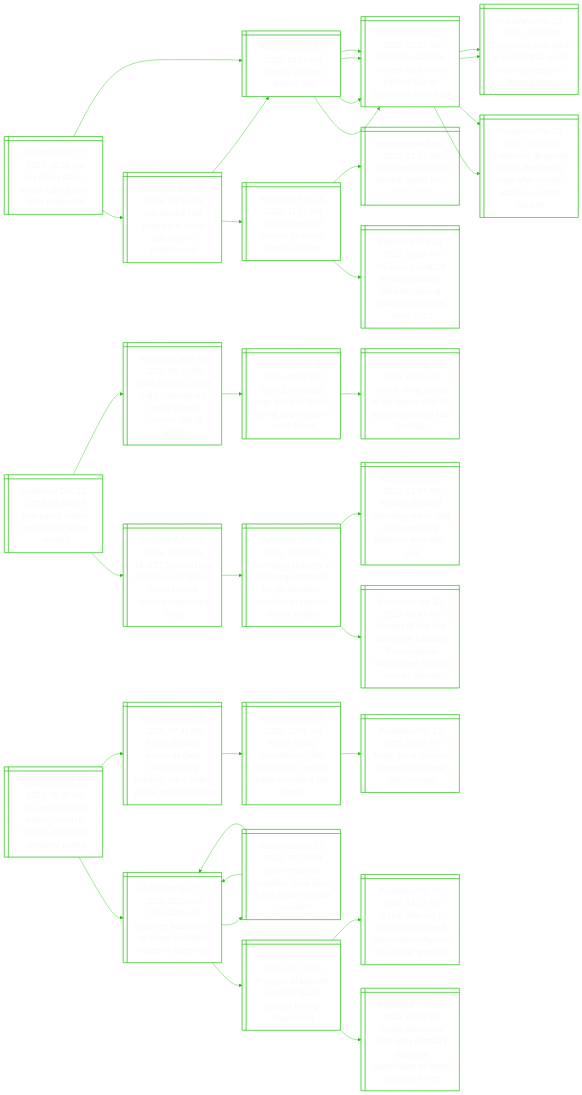
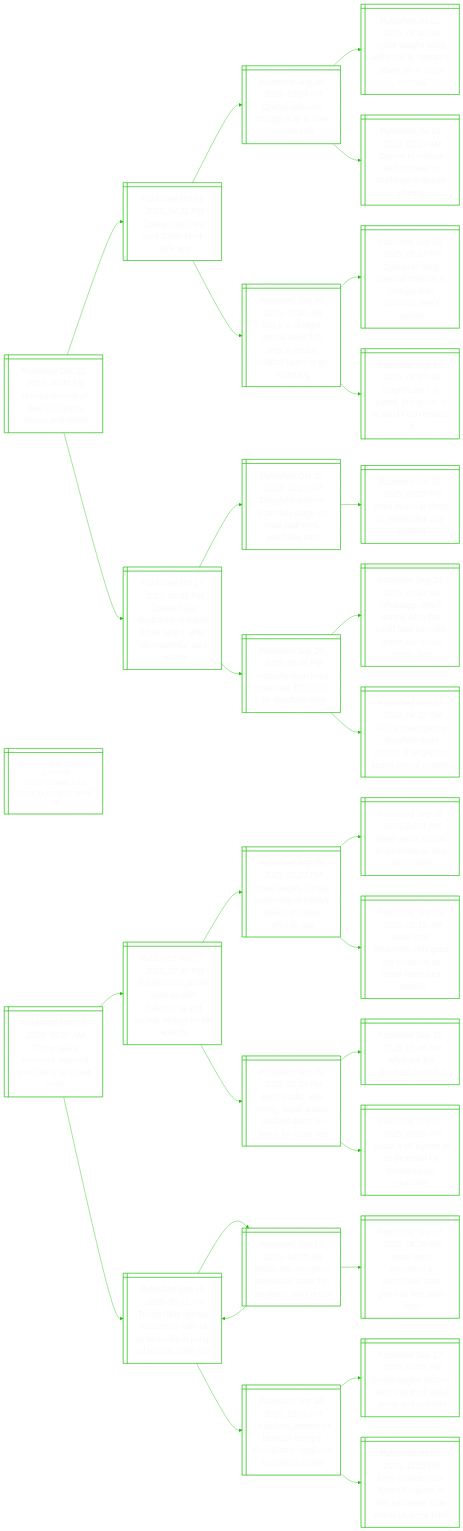
Before and after one commit to notJmes/notJmes: the diagram in README.md, drawn with Mermaid. The commit also changed other lines of this file, not shown here.

````diff
--- a/README.md
+++ b/README.md
@@ -16,109 +16,97 @@
 flowchart LR
 classDef txtsize font-size:20px;
 
-Uovkakesue@{ shape: win-pane, label: "_Published Dec 22, 2025, 06:56 AM_
-Us envoy steve witkoff calls ukraine talks productive" }
-Uaaoialter@{ shape: win-pane, label: "_Published Dec 22, 2025, 06:33 AM_
-Us, ukraine hail ‘productive’ miami talks but no breakthrough" }
-Tstia@{ shape: win-pane, label: "_Published Nov 21, 2025, 04:26 PM_
-Trump’s 28-point ukraine plan" }
-Zsarskbdaosb@{ shape: win-pane, label: "_Published Nov 21, 2025, 03:17 AM_
-Zelensky ready for ‘honest’ work on us-backed plan as europeans push back" }
-Zsarskbdaosb@{ shape: win-pane, label: "_Published Nov 21, 2025, 03:17 AM_
-Zelensky ready for ‘honest’ work on us-backed plan as europeans push back" }
-DsruasvUn@{ shape: win-pane, label: "_Published Feb 24, 2022, 11:01 AM_
-'darkest hours of europe' as russia invades ukraine" }
-Eshiaalocs@{ shape: win-pane, label: "_Published Feb 24, 2022, 12:41 PM_
-Explosions heard in ukraine capital kyiv, other cities" }
-OaUuakaogrmc@{ shape: win-pane, label: "_Published Feb 24, 2022, 05:20 PM_
-Oil soars to us$105 as russia attacks ukraine, topping us$100 for 1st time since 2014" }
-Tstia@{ shape: win-pane, label: "_Published Nov 21, 2025, 04:26 PM_
-Trump’s 28-point ukraine plan" }
-Zsarskbdaosb@{ shape: win-pane, label: "_Published Nov 21, 2025, 03:17 AM_
-Zelensky ready for ‘honest’ work on us-backed plan as europeans push back" }
-EeucStooosfke@{ shape: win-pane, label: "_Published Nov 20, 2025, 06:38 PM_
-Europeans push back at us plan that would force concessions from ukraine" }
-Atdretahfunceni@{ shape: win-pane, label: "_Published Nov 20, 2025, 09:24 PM_
-A relative’s desperate search then fading hope after russian attack in western ukraine" }
-Zsarskbdaosb@{ shape: win-pane, label: "_Published Nov 21, 2025, 03:17 AM_
-Zelensky ready for ‘honest’ work on us-backed plan as europeans push back" }
-EeucStooosfke@{ shape: win-pane, label: "_Published Nov 20, 2025, 06:38 PM_
-Europeans push back at us plan that would force concessions from ukraine" }
-Atdretahfunceni@{ shape: win-pane, label: "_Published Nov 20, 2025, 09:24 PM_
-A relative’s desperate search then fading hope after russian attack in western ukraine" }
+Autodbesre@{ shape: win-pane, label: "_Published Dec 22, 2025, 10:40 AM_
+Ai resurrections of dead celebrities amuse and rankle" }
+OIcotTyp@{ shape: win-pane, label: "_Published Oct 01, 2025, 04:31 PM_
+Openai launches sora 2 with tiktok-style app" }
+OIahTrcr@{ shape: win-pane, label: "_Published Aug 08, 2025, 03:24 AM_
+Openai releases chatgpt-5 as ai race accelerates" }
+AwsgronpSnrr@{ shape: win-pane, label: "_Published Jul 01, 2025, 08:40 AM_
+Apple weighs using anthropic or openai to power siri in major reversal" }
+OIlwoileoh@{ shape: win-pane, label: "_Published Jul 10, 2025, 02:19 AM_
+Openai to release web browser in challenge to google chrome" }
+Bitptfsoltsoog@{ shape: win-pane, label: "_Published Sep 30, 2025, 07:43 AM_
+Buy it in chatgpt: openai takes first step to enable chatbot users to go shopping" }
+OIirlrnGtlnei@{ shape: win-pane, label: "_Published Sep 29, 2025, 08:02 PM_
+Openai to bring parental controls in chatgpt after california teen’s suicide" }
+MftsiuIkrc@{ shape: win-pane, label: "_Published Sep 29, 2025, 08:17 AM_
+Magnificent 7 is passe. this group of ai stocks can replace it" }
+OIscsruKrretod@{ shape: win-pane, label: "_Published Oct 17, 2025, 05:45 PM_
+Openai halts depictions of martin luther king jr. after ‘disrespectful’ sora videos" }
+Dalamunpoaos@{ shape: win-pane, label: "_Published Oct 02, 2025, 11:19 AM_
+Deepfake political scam ads surge on meta platforms, watchdog says" }
+MoIsrldt@{ shape: win-pane, label: "_Published Oct 01, 2025, 09:22 PM_
+Meta to use ai chats to personalise ads, content" }
+Aaoiarekn@{ shape: win-pane, label: "_Published Sep 26, 2025, 06:08 PM_
+Australia court fines man over $280,000 for deepfake porn" }
+WAimihuctaridn@{ shape: win-pane, label: "_Published Sep 24, 2025, 09:44 AM_
+Whatsapp, twitch among sites that could face australia under-16s social media ban" }
+Pestekeoioocsn@{ shape: win-pane, label: "_Published Nov 12, 2024, 04:10 PM_
+Police investigating deepfake nude photos of singapore sports school students" }
 
-Uovkakesue:::txtsize --> Uaaoialter:::txtsize
-Uaaoialter:::txtsize --> Tstia:::txtsize
-Tstia:::txtsize --> Zsarskbdaosb:::txtsize
-Tstia:::txtsize --> Zsarskbdaosb:::txtsize
-Uaaoialter:::txtsize --> DsruasvUn:::txtsize
-DsruasvUn:::txtsize --> Eshiaalocs:::txtsize
-DsruasvUn:::txtsize --> OaUuakaogrmc:::txtsize
-Uovkakesue:::txtsize --> Tstia:::txtsize
-Tstia:::txtsize --> Zsarskbdaosb:::txtsize
-Zsarskbdaosb:::txtsize --> EeucStooosfke:::txtsize
-Zsarskbdaosb:::txtsize --> Atdretahfunceni:::txtsize
-Tstia:::txtsize --> Zsarskbdaosb:::txtsize
-Zsarskbdaosb:::txtsize --> EeucStooosfke:::txtsize
-Zsarskbdaosb:::txtsize --> Atdretahfunceni:::txtsize
+Autodbesre:::txtsize --> OIcotTyp:::txtsize
+OIcotTyp:::txtsize --> OIahTrcr:::txtsize
+OIahTrcr:::txtsize --> AwsgronpSnrr:::txtsize
+OIahTrcr:::txtsize --> OIlwoileoh:::txtsize
+OIcotTyp:::txtsize --> Bitptfsoltsoog:::txtsize
+Bitptfsoltsoog:::txtsize --> OIirlrnGtlnei:::txtsize
+Bitptfsoltsoog:::txtsize --> MftsiuIkrc:::txtsize
+Autodbesre:::txtsize --> OIscsruKrretod:::txtsize
+OIscsruKrretod:::txtsize --> Dalamunpoaos:::txtsize
+Dalamunpoaos:::txtsize --> MoIsrldt:::txtsize
+OIscsruKrretod:::txtsize --> Aaoiarekn:::txtsize
+Aaoiarekn:::txtsize --> WAimihuctaridn:::txtsize
+Aaoiarekn:::txtsize --> Pestekeoioocsn:::txtsize
 
-Ptrntpfn@{ shape: win-pane, label: "_Published Dec 22, 2025, 06:54 AM_
-Paw patrol: britain vows to end puppy farming" }
-SKsysnuefootu@{ shape: win-pane, label: "_Published May 30, 2023, 08:16 PM_
-South korea’s ‘puppy mills’ churning out cuteness from conveyor belt of abuse" }
-Oegnoimusoo@{ shape: win-pane, label: "_Published Mar 06, 2023, 03:35 PM_
-Over 1,000 dead dogs found in horrific animal abuse case in south korea" }
-MCfdteelduad@{ shape: win-pane, label: "_Published Mar 05, 2023, 08:49 AM_
-Man in china forced to eat faeces after he allegedly abused cats to death" }
-oedesnrnaedtr@{ shape: win-pane, label: "_Published Jun 18, 2024, 05:00 AM_
-19 of 22 licensed dog breeders in singapore found to have breached tightened rules" }
-Siaiegiserbeivml@{ shape: win-pane, label: "_Published Oct 08, 2021, 12:00 PM_
-Sweeping changes in licensing conditions for pet boarders, breeders to improve animal welfare" }
-MntsdiiiaatmCV@{ shape: win-pane, label: "_Published Jan 09, 2019, 12:57 PM_
-Missing shetland sheepdog prince died while boarded at platinium dogs club: ava" }
-Osgdtonmwotedral@{ shape: win-pane, label: "_Published Apr 30, 2019, 09:41 PM_
-Owners of dog that died at pet boarding firm not aware tourists were hired to care for animals" }
+JRnowTrs@{ shape: win-pane, label: "_Published Dec 22, 2025, 10:00 AM_
+James ransone, actor known for the wire, dies at 46" }
 
-Ptrntpfn:::txtsize --> SKsysnuefootu:::txtsize
-SKsysnuefootu:::txtsize --> Oegnoimusoo:::txtsize
-Oegnoimusoo:::txtsize --> MCfdteelduad:::txtsize
-Ptrntpfn:::txtsize --> oedesnrnaedtr:::txtsize
-oedesnrnaedtr:::txtsize --> Siaiegiserbeivml:::txtsize
-Siaiegiserbeivml:::txtsize --> MntsdiiiaatmCV:::txtsize
-Siaiegiserbeivml:::txtsize --> Osgdtonmwotedral:::txtsize
 
-UaririHHleee@{ shape: win-pane, label: "_Published Dec 22, 2025, 06:46 AM_
-Us senator urges military action if hamas, hezbollah remained armed" }
-Tdrcaaededlncbs@{ shape: win-pane, label: "_Published Oct 14, 2025, 07:45 PM_
-Trump declares victory as gaza ceasefire deal reached, but a lasting peace may be elusive" }
-PflcoMeNelale@{ shape: win-pane, label: "_Published Oct 14, 2025, 12:05 AM_
-Peace finally descends on the middle east: now the battle to make it last begins" }
-TjIlmnest@{ shape: win-pane, label: "_Published Oct 13, 2025, 03:10 PM_
-Tears, joy in israel as hamas hands over first hostages" }
-TafnemsHleikl@{ shape: win-pane, label: "_Published Nov 27, 2024, 02:56 AM_
-Thousands of lebanese head home as israel-hezbollah ceasefire takes hold" }
-IlocfheUktid@{ shape: win-pane, label: "_Published Nov 27, 2024, 05:28 AM_
-Israel-hezbollah ceasefire: what does the us-brokered truce include?" }
-TafnemsHleikl@{ shape: win-pane, label: "_Published Nov 27, 2024, 02:56 AM_
-Thousands of lebanese head home as israel-hezbollah ceasefire takes hold" }
-TafnemsHleikl@{ shape: win-pane, label: "_Published Nov 27, 2024, 02:56 AM_
-Thousands of lebanese head home as israel-hezbollah ceasefire takes hold" }
-PeLoseeaeao@{ shape: win-pane, label: "_Published Nov 26, 2024, 07:13 PM_
-Prospect of lebanon ceasefire leaves gazans feeling abandoned" }
-AaOtsiPtnlnags@{ shape: win-pane, label: "_Published Oct 07, 2024, 12:12 PM_
-A year after oct 7 attack: israelis and palestinians reflect on loss as war grinds on" }
-Wrssdszseeisepts@{ shape: win-pane, label: "_Published Nov 25, 2024, 09:33 PM_
-Winter rainstorms flood tents of gaza’s displaced palestinians as israel steps up strikes" }
+TtAcpliyee@{ shape: win-pane, label: "_Published Dec 22, 2025, 09:30 AM_
+Trump takes america’s ‘imperial presidency’ to a new level" }
+ScpetifAnarte@{ shape: win-pane, label: "_Published Nov 17, 2025, 02:40 PM_
+Saudi crown prince visits us with defence, ai and nuclear energy on the agenda" }
+Ilemahmaroais@{ shape: win-pane, label: "_Published Sep 09, 2025, 09:27 PM_
+Israel targets hamas leadership in military strikes on qatar, officials say" }
+Ilssreana@{ shape: win-pane, label: "_Published Sep 08, 2025, 04:31 PM_
+Israel warns hamas to surrender or face ‘annihilation’" }
+Lnthlareseeis@{ shape: win-pane, label: "_Published Sep 09, 2025, 02:18 AM_
+‘leave now’, netanyahu tells gaza city residents as israel intensifies assault" }
+BesTSAalweoae@{ shape: win-pane, label: "_Published Nov 09, 2025, 02:05 PM_
+Before talks with trump, saudi arabia doubles down on terms for israel ties" }
+WrAao@{ shape: win-pane, label: "_Published Sep 15, 2025, 05:46 PM_
+What are the abraham accords?" }
+Ssgtrahiase@{ shape: win-pane, label: "_Published Nov 07, 2025, 03:55 PM_
+Sudan’s rsf agrees to us proposal for humanitarian ceasefire" }
+Thsaasiaeipscet@{ shape: win-pane, label: "_Published Sep 18, 2025, 06:01 AM_
+Trump hails special relationship with uk as he revels in pomp of historic state visit" }
+BilgPtnewnsr@{ shape: win-pane, label: "_Published Sep 18, 2025, 04:10 AM_
+Britain will recognise palestinian state this weekend, says report" }
+Thsaasiaeipscet@{ shape: win-pane, label: "_Published Sep 18, 2025, 06:01 AM_
+Trump hails special relationship with uk as he revels in pomp of historic state visit" }
+JweiaisgUsrt@{ shape: win-pane, label: "_Published Sep 17, 2025, 08:26 AM_
+Japan won’t recognise a palestinian state given us ties, says report" }
+OkrteTserltnCe@{ shape: win-pane, label: "_Published Sep 18, 2025, 12:01 AM_
+Onlookers, protesters bemoan trump’s closed-door royal visit to windsor castle" }
+Tbsotioiprt@{ shape: win-pane, label: "_Published Sep 17, 2025, 01:05 PM_
+Trump begins historic state visit to uk amid pomp and protests" }
+Khssccntptione@{ shape: win-pane, label: "_Published Jul 08, 2025, 11:22 PM_
+King charles hosts france’s macron in first european state visit to uk since brexit" }
 
-UaririHHleee:::txtsize --> Tdrcaaededlncbs:::txtsize
-Tdrcaaededlncbs:::txtsize --> PflcoMeNelale:::txtsize
-PflcoMeNelale:::txtsize --> TjIlmnest:::txtsize
-UaririHHleee:::txtsize --> TafnemsHleikl:::txtsize
-TafnemsHleikl:::txtsize --> IlocfheUktid:::txtsize
-IlocfheUktid:::txtsize --> TafnemsHleikl:::txtsize
-IlocfheUktid:::txtsize --> TafnemsHleikl:::txtsize
-TafnemsHleikl:::txtsize --> PeLoseeaeao:::txtsize
-PeLoseeaeao:::txtsize --> AaOtsiPtnlnags:::txtsize
-PeLoseeaeao:::txtsize --> Wrssdszseeisepts:::txtsize
+TtAcpliyee:::txtsize --> ScpetifAnarte:::txtsize
+ScpetifAnarte:::txtsize --> Ilemahmaroais:::txtsize
+Ilemahmaroais:::txtsize --> Ilssreana:::txtsize
+Ilemahmaroais:::txtsize --> Lnthlareseeis:::txtsize
+ScpetifAnarte:::txtsize --> BesTSAalweoae:::txtsize
+BesTSAalweoae:::txtsize --> WrAao:::txtsize
+BesTSAalweoae:::txtsize --> Ssgtrahiase:::txtsize
+TtAcpliyee:::txtsize --> Thsaasiaeipscet:::txtsize
+Thsaasiaeipscet:::txtsize --> BilgPtnewnsr:::txtsize
+BilgPtnewnsr:::txtsize --> Thsaasiaeipscet:::txtsize
+BilgPtnewnsr:::txtsize --> JweiaisgUsrt:::txtsize
+Thsaasiaeipscet:::txtsize --> OkrteTserltnCe:::txtsize
+OkrteTserltnCe:::txtsize --> Tbsotioiprt:::txtsize
+OkrteTserltnCe:::txtsize --> Khssccntptione:::txtsize
 
 ```
````
